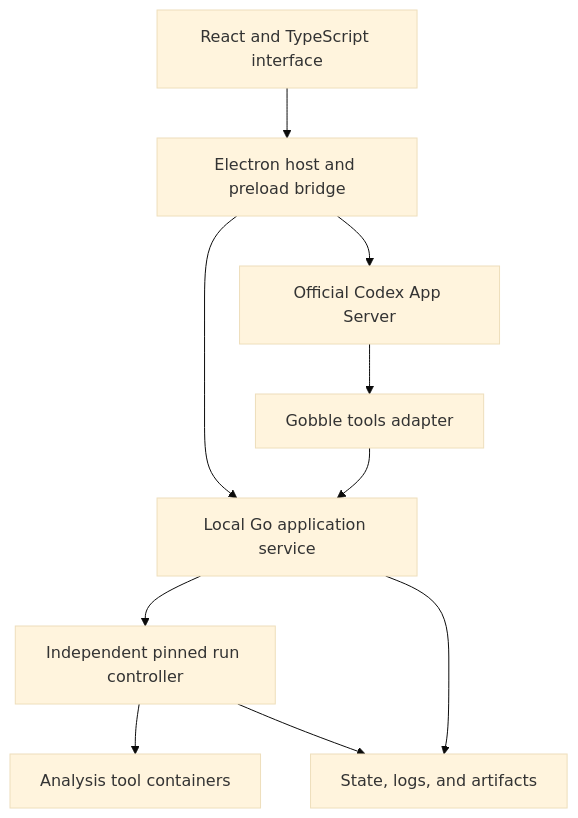
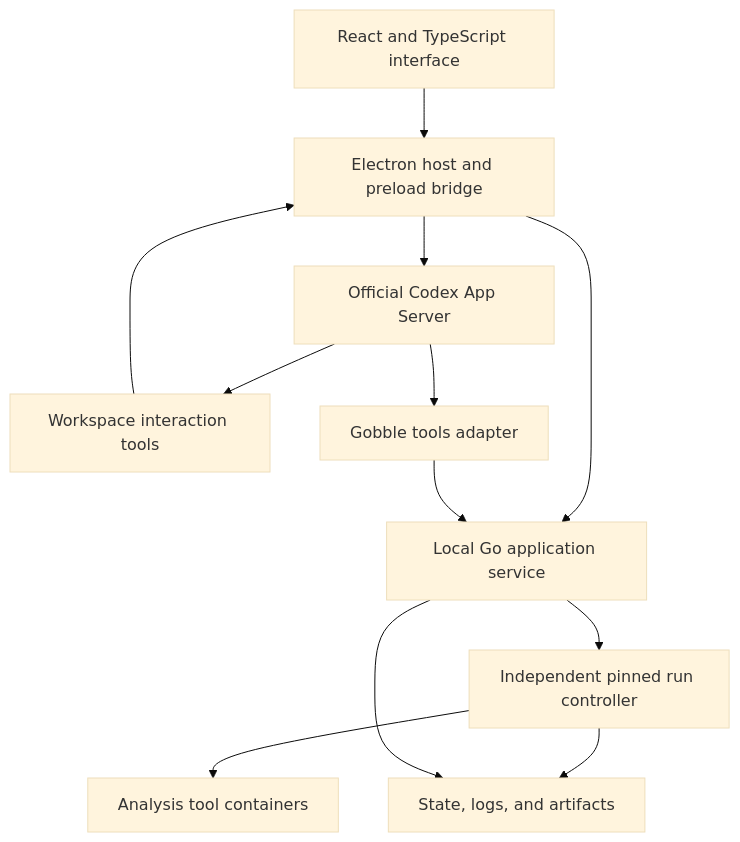
The diagram in .gobbi/projects/gobble/memory/design/architecture/application.md (HahyeonJeon/gobble), drawn with Mermaid (base theme) before and after one commit. The commit also changed other lines of this file and 9 other files, not shown here.

````diff
--- a/.gobbi/projects/gobble/memory/design/architecture/application.md
+++ b/.gobbi/projects/gobble/memory/design/architecture/application.md
@@ -83,12 +124,14 @@
 ```mermaid
 flowchart TD
     UI["React and TypeScript interface"] --> Host["Electron host and preload bridge"]
     Host --> Codex["Official Codex App Server"]
     Host --> Service["Local Go application service"]
+    Codex --> Views["Workspace interaction tools"]
+    Views --> Host
     Codex --> Tools["Gobble tools adapter"]
     Tools --> Service
     Service --> Controller["Independent pinned run controller"]
     Controller --> Tasks["Analysis tool containers"]
     Controller --> Workspace["State, logs, and artifacts"]
     Service --> Workspace
 ```
````
